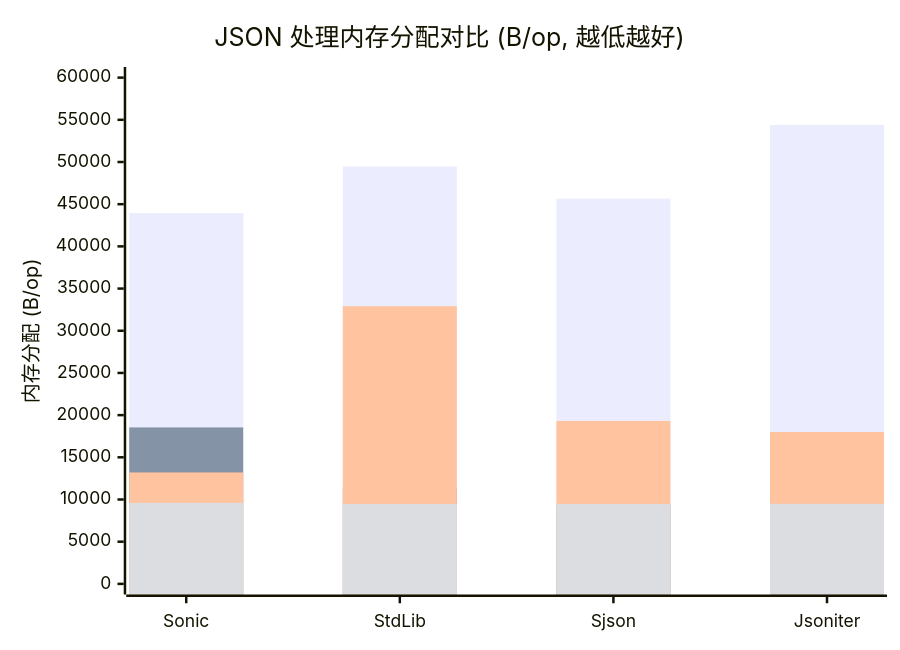
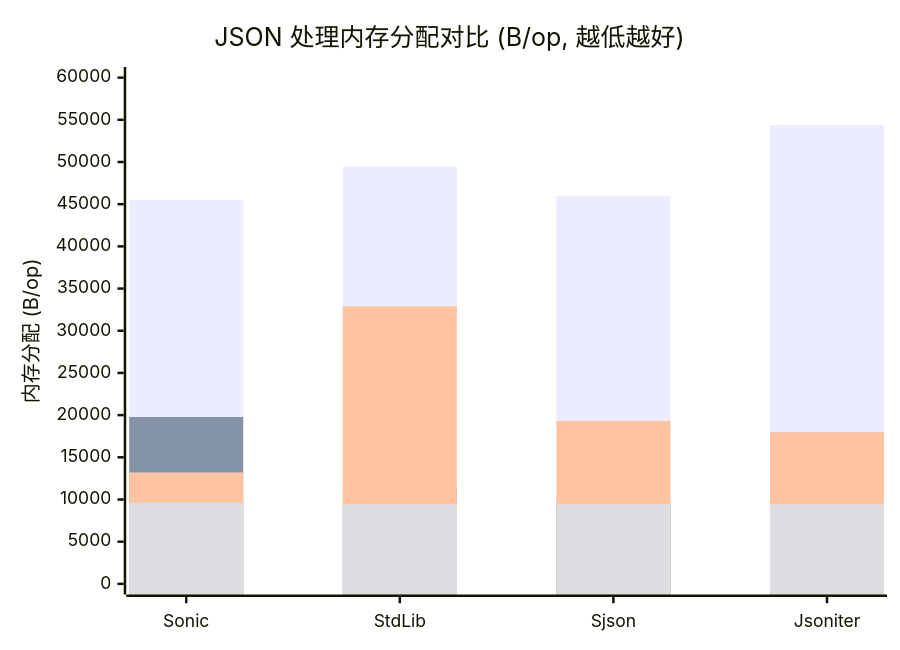
One commit to linkxzhou/sjson changed the sixth of 6 diagrams in README.md. Above: the diagram before and after it, drawn with Mermaid. The commit also changed other lines of this file and 6 other files, not shown here.

````diff
--- a/README.md
+++ b/README.md
@@ -328,10 +336,10 @@
 ```mermaid
 xychart-beta
     title "JSON 处理内存分配对比 (B/op, 越低越好)"
     x-axis ["Sonic", "StdLib", "Sjson", "Jsoniter"]
     y-axis "内存分配 (B/op)" 0 --> 60000
-    bar "Unmarshal Generic" [43942, 49464, 45661, 54393]
-    bar "Unmarshal Binding" [18540, 11416, 9404, 10704]
-    bar "Marshal Generic" [13206, 32909, 19312, 17999]
-    bar "Marshal Binding" [9594, 9479, 9479, 9487]
+    bar "Unmarshal Generic" [45513, 49464, 46002, 54388]
+    bar "Unmarshal Binding" [19779, 11416, 9554, 10704]
+    bar "Marshal Generic" [13208, 32904, 19309, 17998]
+    bar "Marshal Binding" [9605, 9479, 9479, 9487]
 ```
````
